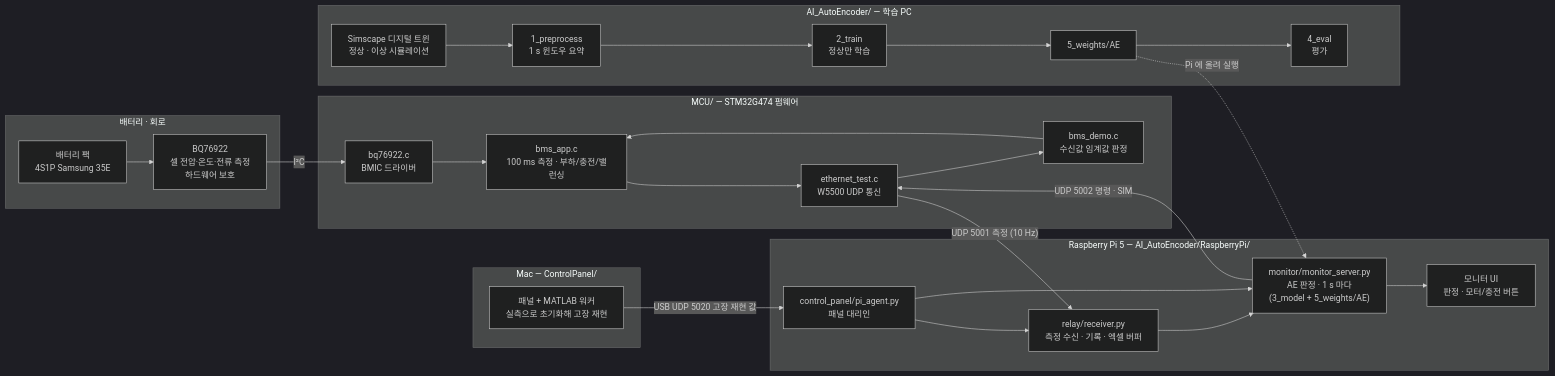
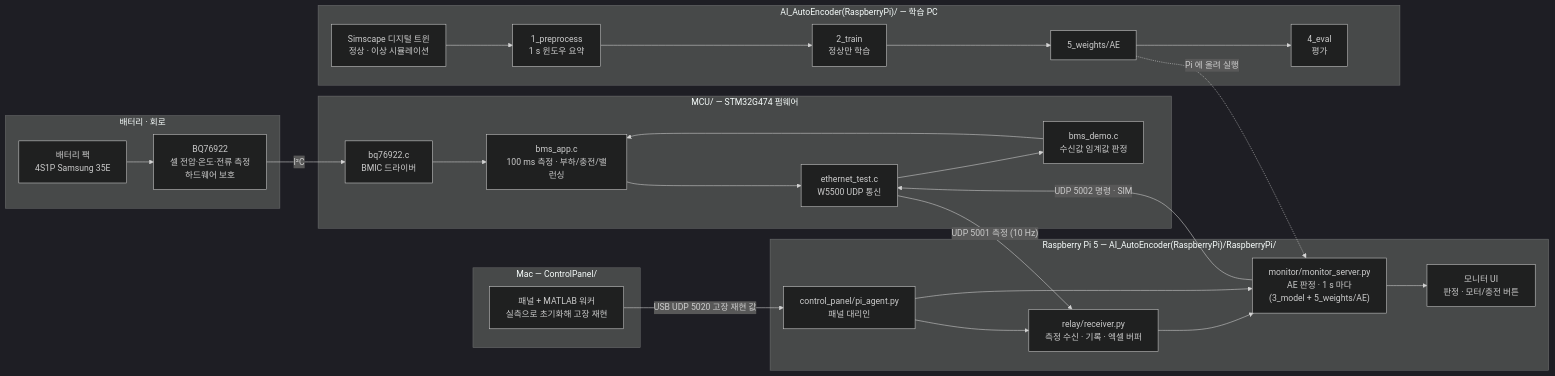
Before and after one commit to DDongs068/2026ESWContest_mobility_kimdongwooteam: the diagram in README.md, drawn with Mermaid (dark theme). The commit also changed other lines of this file and 63 other files, not shown here.

First line of the commit message:
Rename AI_AutoEncoder folder to AI_AutoEncoder(RaspberryPi)

````diff
--- a/README.md
+++ b/README.md
@@ -9,31 +9,31 @@
 ```mermaid
 flowchart LR
     subgraph HW["배터리 · 회로"]
         PACK["배터리 팩<br/>4S1P Samsung 35E"] --> BQ["BQ76922<br/>셀 전압·온도·전류 측정<br/>하드웨어 보호"]
     end
     subgraph FW["MCU/ — STM32G474 펌웨어"]
         DRV["bq76922.c<br/>BMIC 드라이버"] --> APP["bms_app.c<br/>100 ms 측정 · 부하/충전/밸런싱"]
         DEMO["bms_demo.c<br/>수신값 임계값 판정"] --> APP
         APP --> ETH["ethernet_test.c<br/>W5500 UDP 통신"]
         ETH --> DEMO
     end
-    subgraph PI["Raspberry Pi 5 — AI_AutoEncoder/RaspberryPi/"]
+    subgraph PI["Raspberry Pi 5 — AI_AutoEncoder(RaspberryPi)/RaspberryPi/"]
         RX["relay/receiver.py<br/>측정 수신 · 기록 · 엑셀 버퍼"] --> AE["monitor/monitor_server.py<br/>AE 판정 · 1 s 마다<br/>(3_model + 5_weights/AE)"]
         AE --> UI["모니터 UI<br/>판정 · 모터/충전 버튼"]
         AG["control_panel/pi_agent.py<br/>패널 대리인"] --> RX
         AG --> AE
     end
     subgraph MAC["Mac — ControlPanel/"]
         CP["패널 + MATLAB 워커<br/>실측으로 초기화해 고장 재현"]
     end
-    subgraph TRAIN["AI_AutoEncoder/ — 학습 PC"]
+    subgraph TRAIN["AI_AutoEncoder(RaspberryPi)/ — 학습 PC"]
         SIM["Simscape 디지털 트윈<br/>정상 · 이상 시뮬레이션"] --> PRE["1_preprocess<br/>1 s 윈도우 요약"]
         PRE --> TR["2_train<br/>정상만 학습"] --> W["5_weights/AE"]
         W --> EV["4_eval<br/>평가"]
     end
     BQ -- "I²C" --> DRV
     ETH -- "UDP 5001 측정 (10 Hz)" --> RX
     AE -- "UDP 5002 명령 · SIM" --> ETH
     CP -- "USB UDP 5020 고장 재현 값" --> AG
     W -. "Pi 에 올려 실행" .-> AE
 ```
````
